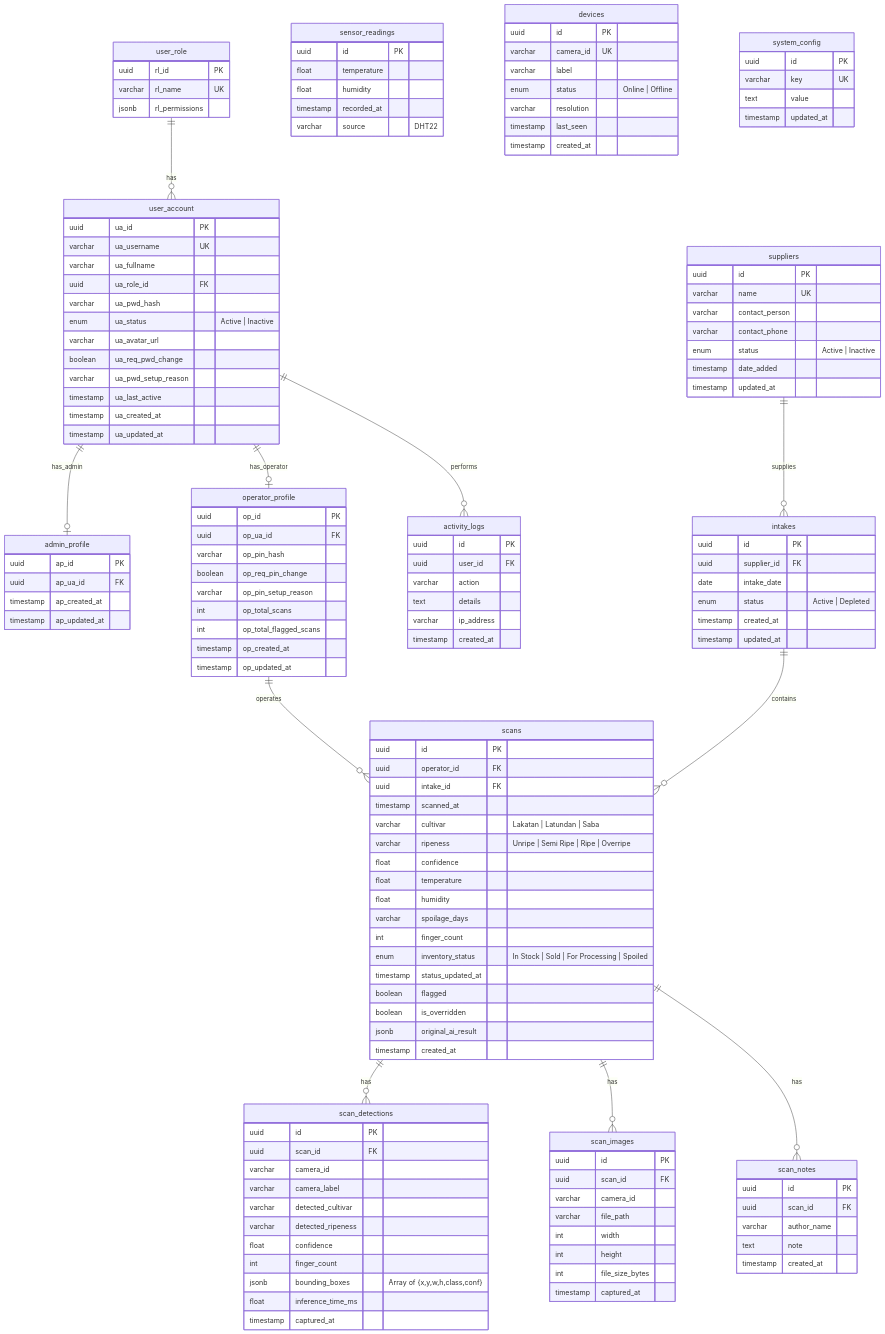
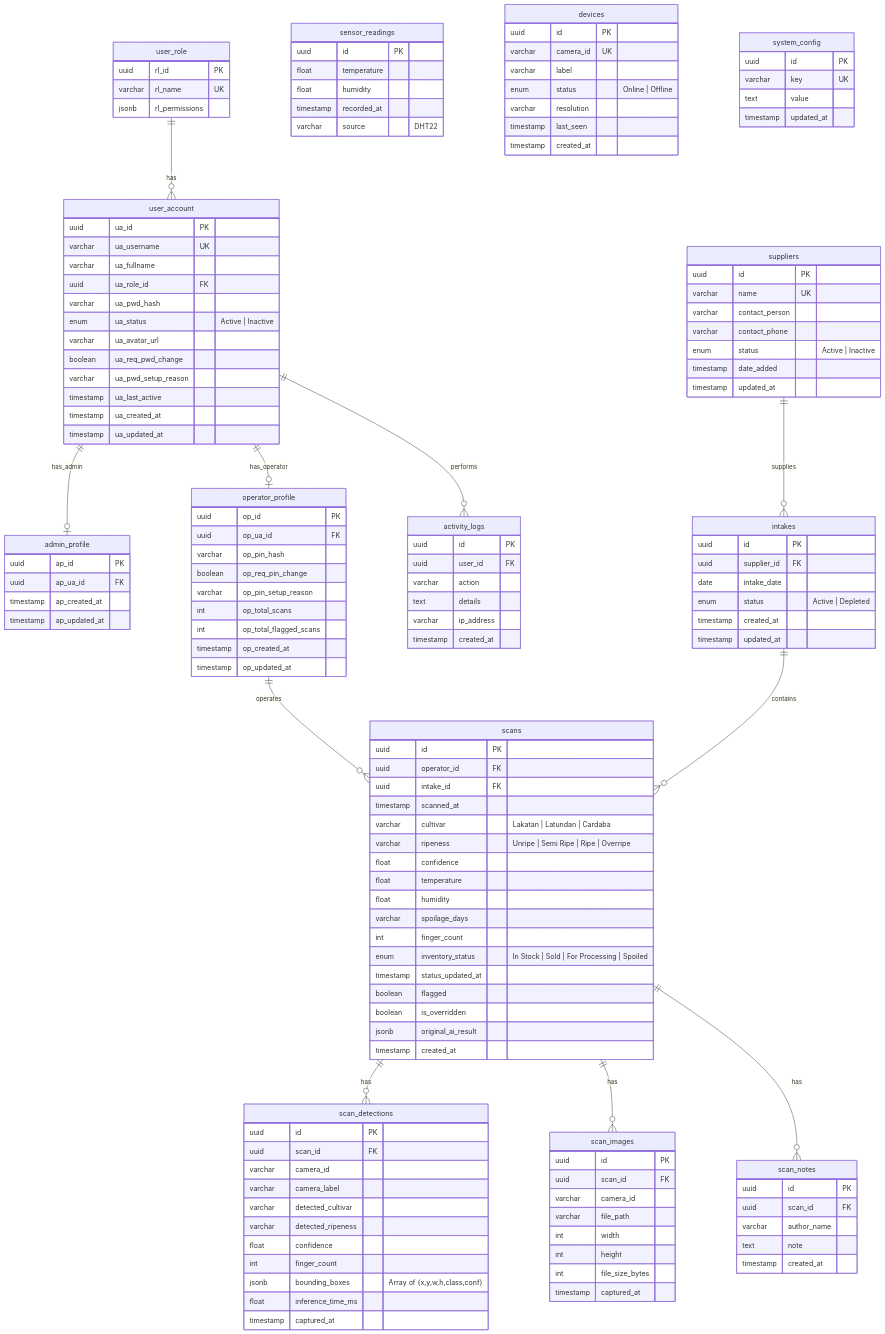
One commit to BlackShark404/BananaVision changed the diagram in docs/backend_plan.md. Above: the diagram before and after it, drawn with Mermaid. The commit also changed 9 other files, not shown here.

Commit message:
refactor: rename Saba cultivar to Cardaba across backend and frontend codebases

```diff
--- a/docs/backend_plan.md
+++ b/docs/backend_plan.md
@@ -294,7 +294,7 @@
         uuid operator_id FK
         uuid intake_id FK
         timestamp scanned_at
-        varchar cultivar "Lakatan | Latundan | Saba"
+        varchar cultivar "Lakatan | Latundan | Cardaba"
         varchar ripeness "Unripe | Semi Ripe | Ripe | Overripe"
         float confidence
         float temperature
```
